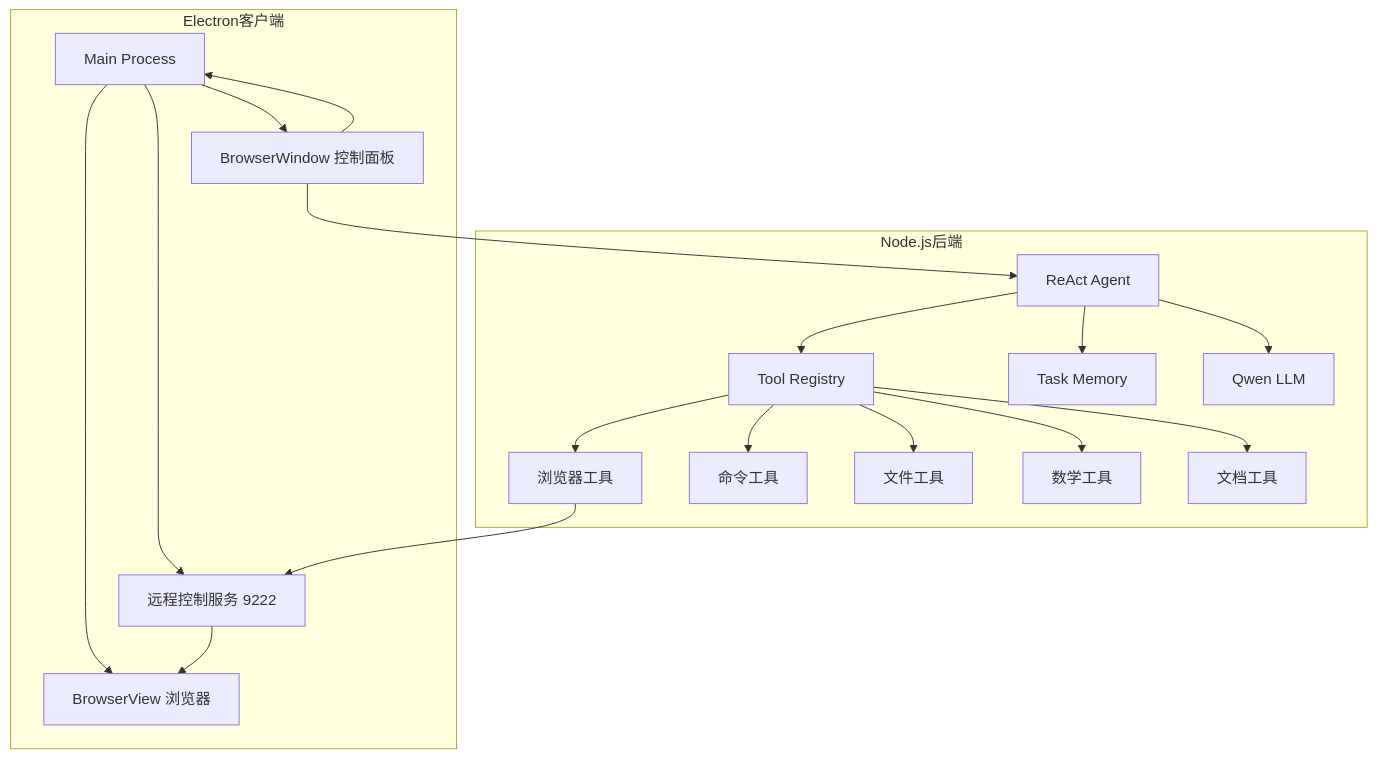
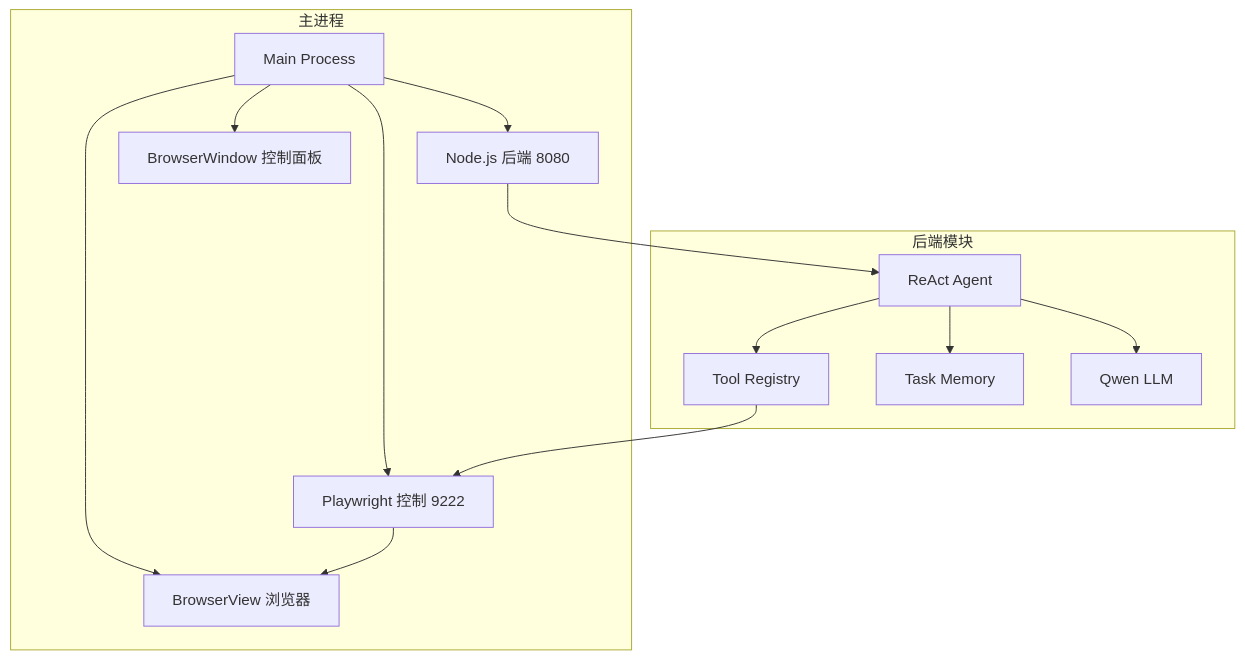
Before and after one commit to 1018053166/ReActAgentDemo: the diagram in electron-react-mcp/README.md, drawn with Mermaid. The commit also changed 1 other file, not shown here.

Commit message:
fix: 修正架构图，Node.js 后端在主进程内联运行

````diff
--- a/electron-react-mcp/README.md
+++ b/electron-react-mcp/README.md
@@ -143,22 +143,26 @@
 ```mermaid
 graph TB
-    subgraph Electron客户端
-        A[Main Process] --> B[BrowserWindow 控制面板]
-        A --> C[BrowserView 浏览器]
-        A --> D[远程控制服务 9222]
+    subgraph Main[主进程]
+        A[Main Process]
+        B[Node.js 后端 8080]
+        C[Playwright 控制 9222]
+        D[BrowserWindow 控制面板]
+        E[BrowserView 浏览器]
     end
-    subgraph Node.js后端
-        E[ReAct Agent] --> F[Tool Registry]
-        F --> G[浏览器工具]
-        F --> H[命令工具]
-        F --> I[文件工具]
-        F --> J[数学工具]
-        F --> K[文档工具]
-        E --> L[Task Memory]
-        E --> M[Qwen LLM]
+    subgraph Backend[后端模块]
+        F[ReAct Agent]
+        G[Tool Registry]
+        H[Task Memory]
+        I[Qwen LLM]
     end
-    B --> A
-    B --> E
-    G --> D
-    D --> C
+    A --> B
+    A --> C
+    A --> D
+    A --> E
+    B --> F
+    F --> G
+    F --> H
+    F --> I
+    G --> C
+    C --> E
 ```
````
